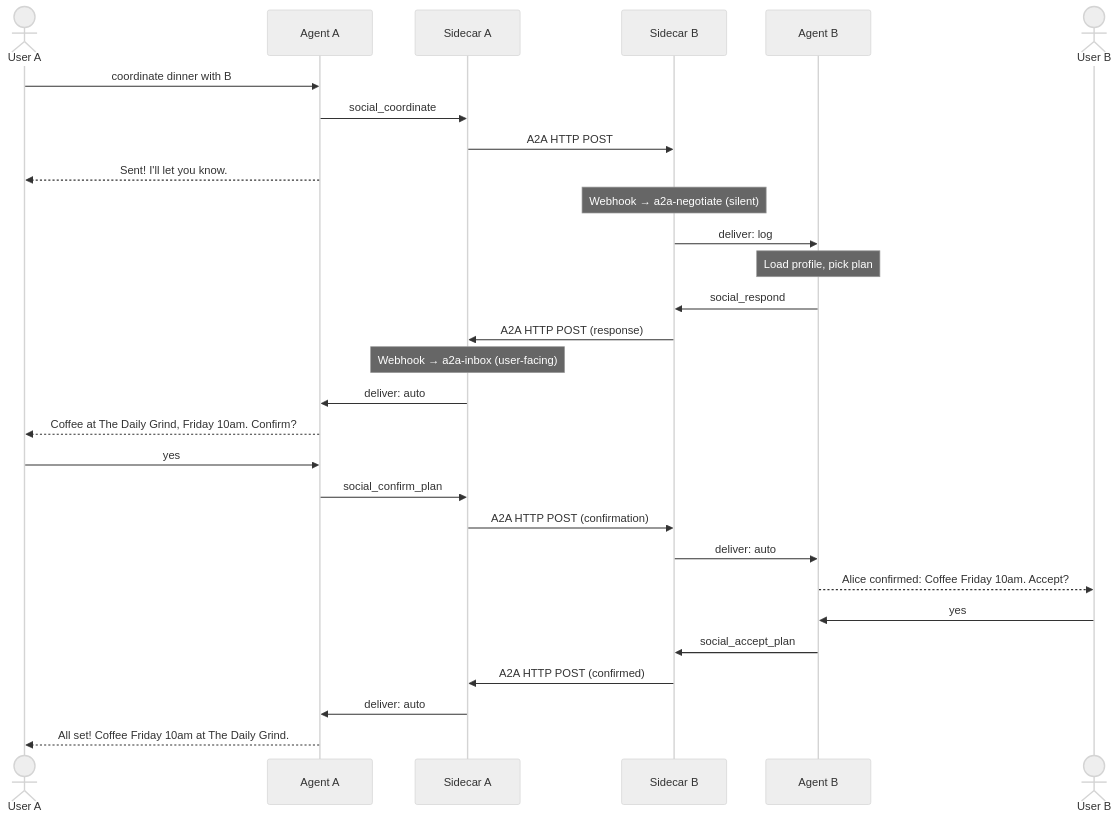
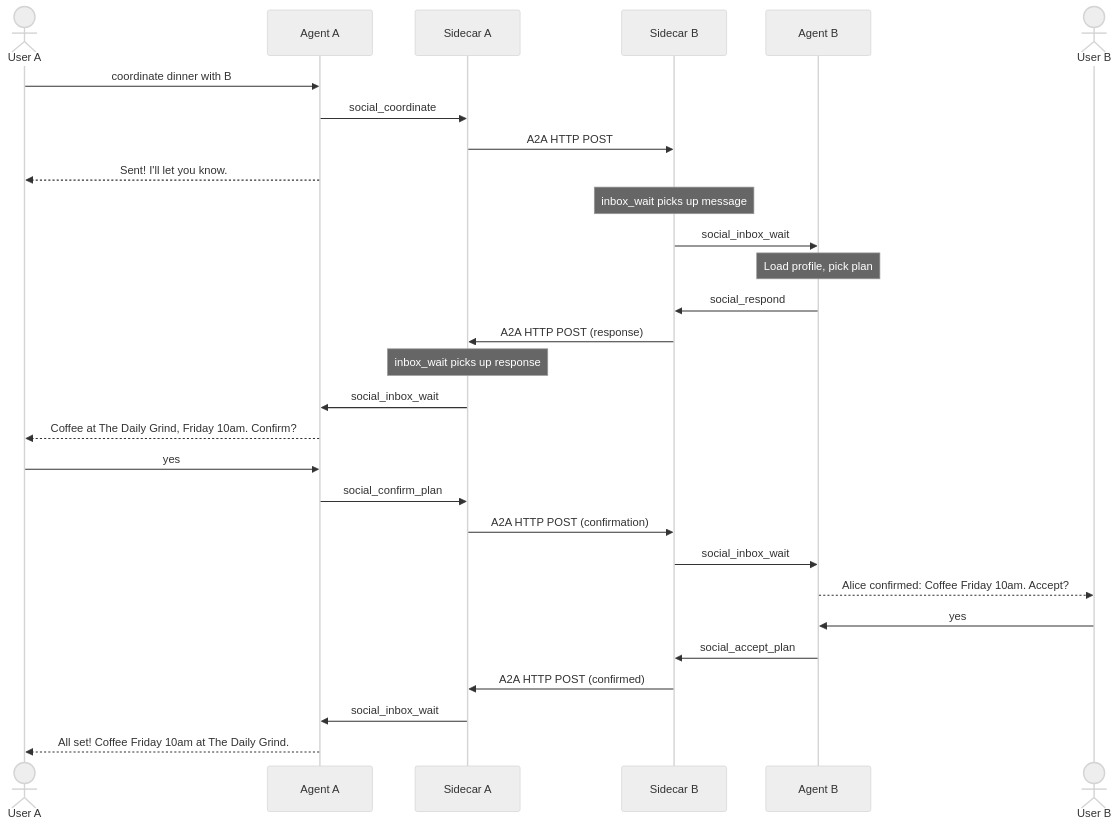
The diagram in README.md (meghancampbel9/shadownet), drawn with Mermaid (neutral theme) before and after one commit. The commit also changed other lines of this file and 25 other files, not shown here.

````diff
--- a/README.md
+++ b/README.md
@@ -117,37 +108,37 @@
 ```mermaid
 sequenceDiagram
     actor UA as User A
     participant AA as Agent A
     participant SA as Sidecar A
     participant SB as Sidecar B
     participant AB as Agent B
     actor UB as User B
 
     UA->>AA: coordinate dinner with B
     AA->>SA: social_coordinate
     SA->>SB: A2A HTTP POST
     AA-->>UA: Sent! I'll let you know.
 
-    Note over SB: Webhook → a2a-negotiate (silent)
-    SB->>AB: deliver: log
+    Note over SB: inbox_wait picks up message
+    SB->>AB: social_inbox_wait
     Note over AB: Load profile, pick plan
     AB->>SB: social_respond
     SB->>SA: A2A HTTP POST (response)
 
-    Note over SA: Webhook → a2a-inbox (user-facing)
-    SA->>AA: deliver: auto
+    Note over SA: inbox_wait picks up response
+    SA->>AA: social_inbox_wait
     AA-->>UA: Coffee at The Daily Grind, Friday 10am. Confirm?
 
     UA->>AA: yes
     AA->>SA: social_confirm_plan
     SA->>SB: A2A HTTP POST (confirmation)
 
-    SB->>AB: deliver: auto
+    SB->>AB: social_inbox_wait
     AB-->>UB: Alice confirmed: Coffee Friday 10am. Accept?
     UB->>AB: yes
     AB->>SB: social_accept_plan
     SB->>SA: A2A HTTP POST (confirmed)
 
-    SA->>AA: deliver: auto
+    SA->>AA: social_inbox_wait
     AA-->>UA: All set! Coffee Friday 10am at The Daily Grind.
 ```
````
